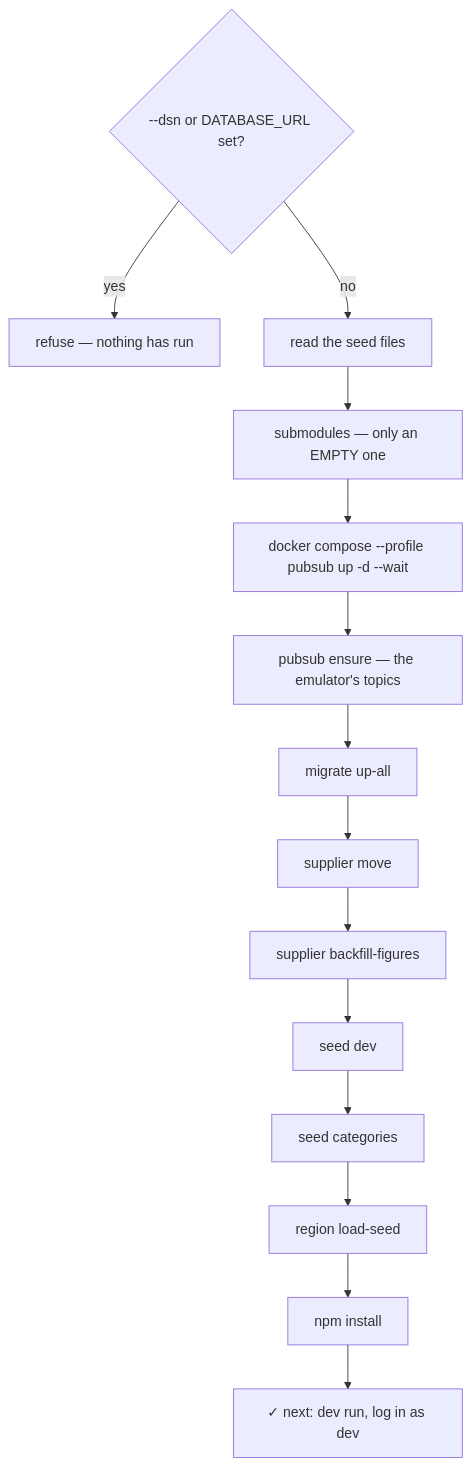
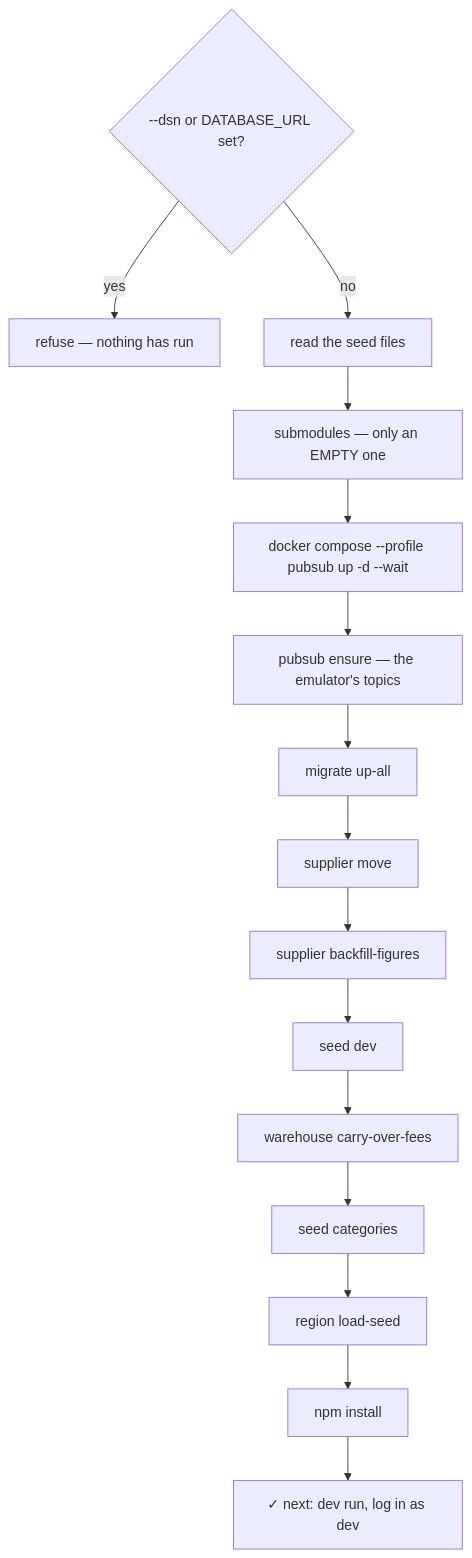
One commit to pdcgo/warehouse_revamp changed the third of 17 diagrams in docs/tools/san.md. Above: the diagram before and after it, drawn with Mermaid. The commit also changed other lines of this file and 214 other files, not shown here.

````diff
--- a/docs/tools/san.md
+++ b/docs/tools/san.md
@@ -315,16 +321,17 @@
 ```mermaid
 flowchart TD
     G{"--dsn or DATABASE_URL set?"} -->|"yes"| X["refuse — nothing has run"]
     G -->|"no"| R["read the seed files"]
     R --> S["submodules — only an EMPTY one"]
     S --> D["docker compose --profile pubsub up -d --wait"]
     D --> E["pubsub ensure — the emulator's topics"]
     E --> M["migrate up-all"]
     M --> SM["supplier move"]
     SM --> SB["supplier backfill-figures"]
     SB --> SD["seed dev"]
-    SD --> SC["seed categories"]
+    SD --> WC["warehouse carry-over-fees"]
+    WC --> SC["seed categories"]
     SC --> RG["region load-seed"]
     RG --> N["npm install"]
     N --> OK["✓ next: dev run, log in as dev"]
 ```
````
